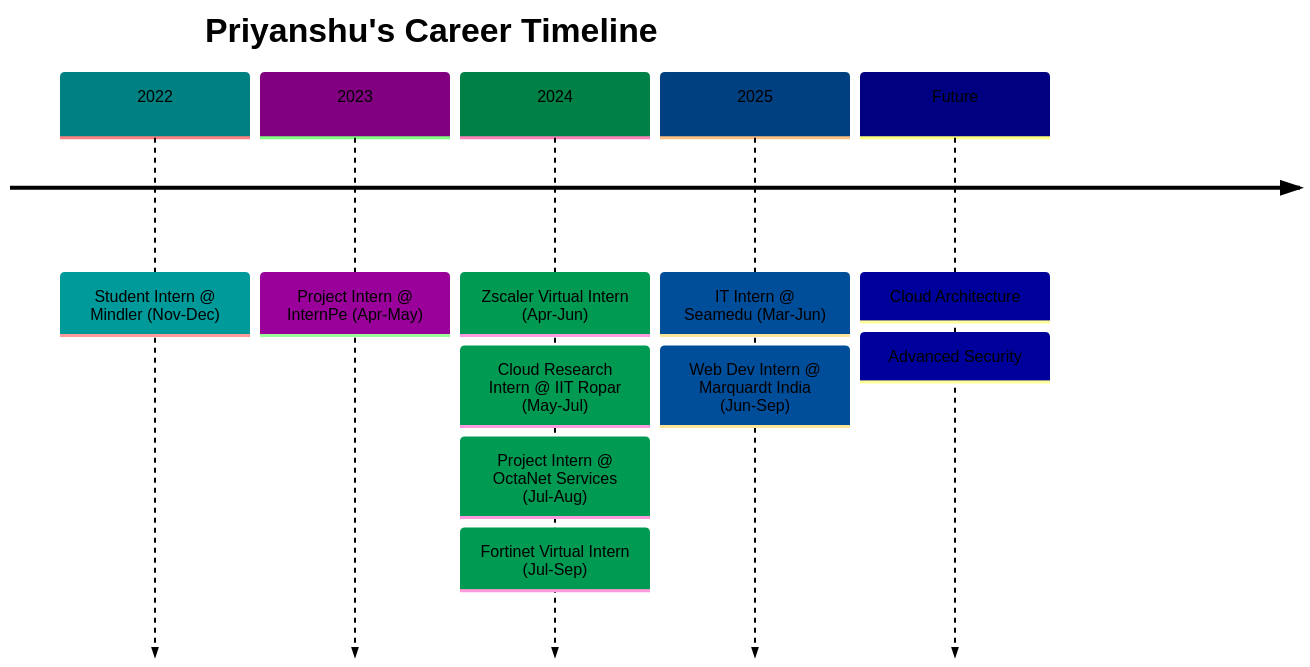
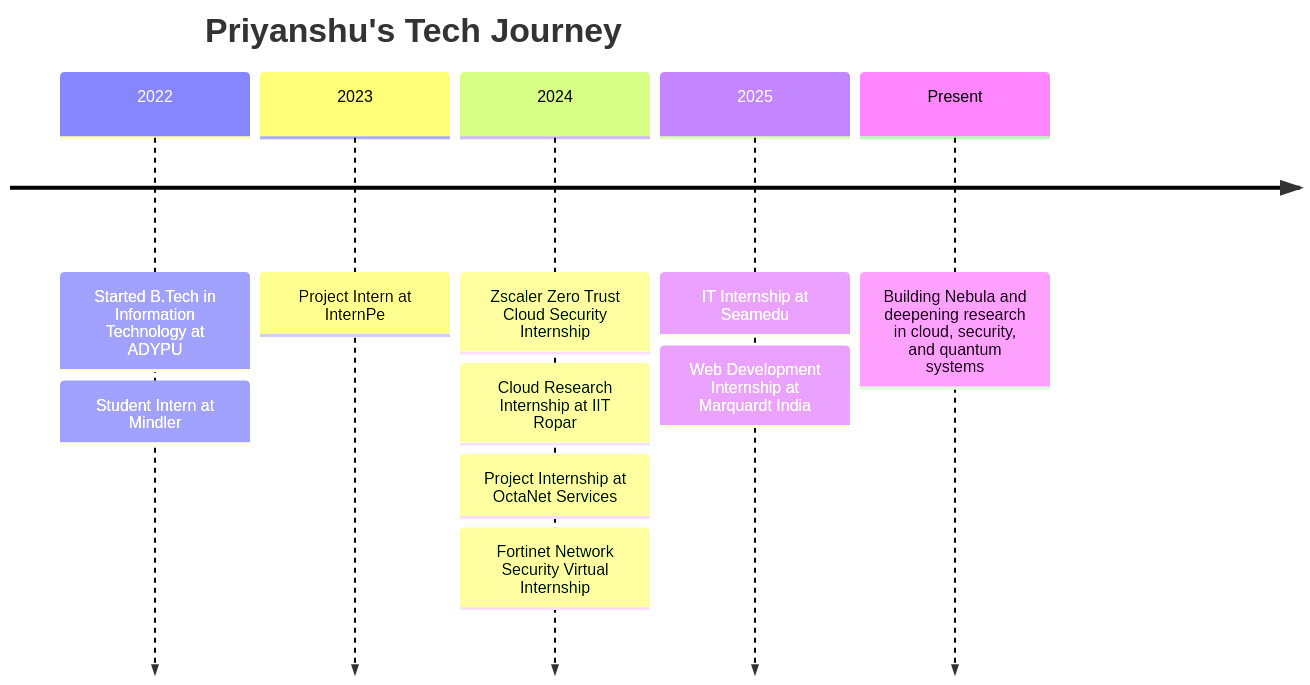
Before and after one commit to PriyanshuKSharma/portfolio_priyanshuksharma: the diagram in ABOUT_ME.md, drawn with Mermaid. The commit also changed other lines of this file, not shown here.

````diff
--- a/ABOUT_ME.md
+++ b/ABOUT_ME.md
@@ -270,20 +216,14 @@
 ```mermaid
 timeline
-    %%{init: { 'theme': 'base', 'themeVariables': { 'primaryColor': '#00ffff', 'primaryTextColor': '#000', 'secondaryColor': '#ff00ff', 'secondaryTextColor': '#fff', 'tertiaryColor': '#00ff88', 'tertiaryTextColor': '#000' } } }%%
-    title Priyanshu's Career Timeline
-    2022
-        : Student Intern @ Mindler (Nov-Dec)
-    2023
-        : Project Intern @ InternPe (Apr-May)
-    2024
-        : Zscaler Virtual Intern (Apr-Jun)
-        : Cloud Research Intern @ IIT Ropar (May-Jul)
-        : Project Intern @ OctaNet Services (Jul-Aug)
-        : Fortinet Virtual Intern (Jul-Sep)
-    2025
-        : IT Intern @ Seamedu (Mar-Jun)
-        : Web Dev Intern @ Marquardt India (Jun-Sep)
-    Future
-        : Cloud Architecture
-        : Advanced Security
+    title Priyanshu's Tech Journey
+    2022 : Started B.Tech in Information Technology at ADYPU
+         : Student Intern at Mindler
+    2023 : Project Intern at InternPe
+    2024 : Zscaler Zero Trust Cloud Security Internship
+         : Cloud Research Internship at IIT Ropar
+         : Project Internship at OctaNet Services
+         : Fortinet Network Security Virtual Internship
+    2025 : IT Internship at Seamedu
+         : Web Development Internship at Marquardt India
+    Present : Building Nebula and deepening research in cloud, security, and quantum systems
 ```
````
